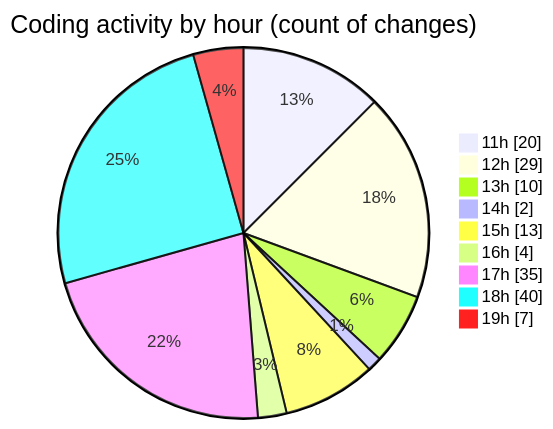
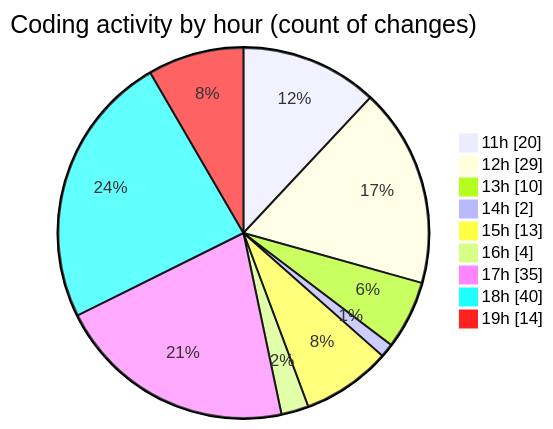
The second of 2 diagrams in 2025-12-11/nxtqube_webapp/README.md (nxtqubesakshisongat/code-tracking), drawn with Mermaid before and after one commit. The commit also changed other lines of this file and 1 other file, not shown here.

````diff
--- a/2025-12-11/nxtqube_webapp/README.md
+++ b/2025-12-11/nxtqube_webapp/README.md
@@ -43,13 +43,13 @@
 ```mermaid
 pie showData
 title Coding activity by hour (count of changes)
 "11h" : 20
 "12h" : 29
 "13h" : 10
 "14h" : 2
 "15h" : 13
 "16h" : 4
 "17h" : 35
 "18h" : 40
-"19h" : 7
+"19h" : 14
 ```
````
